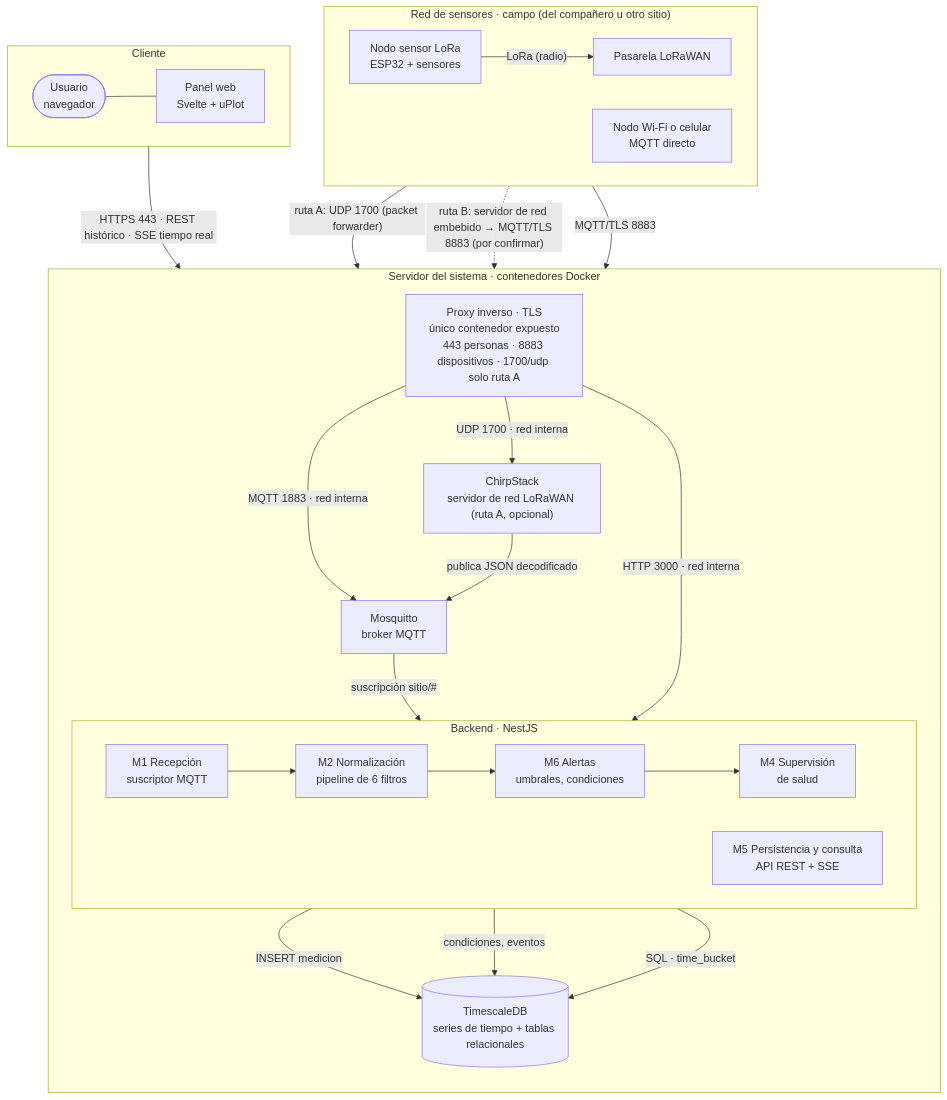
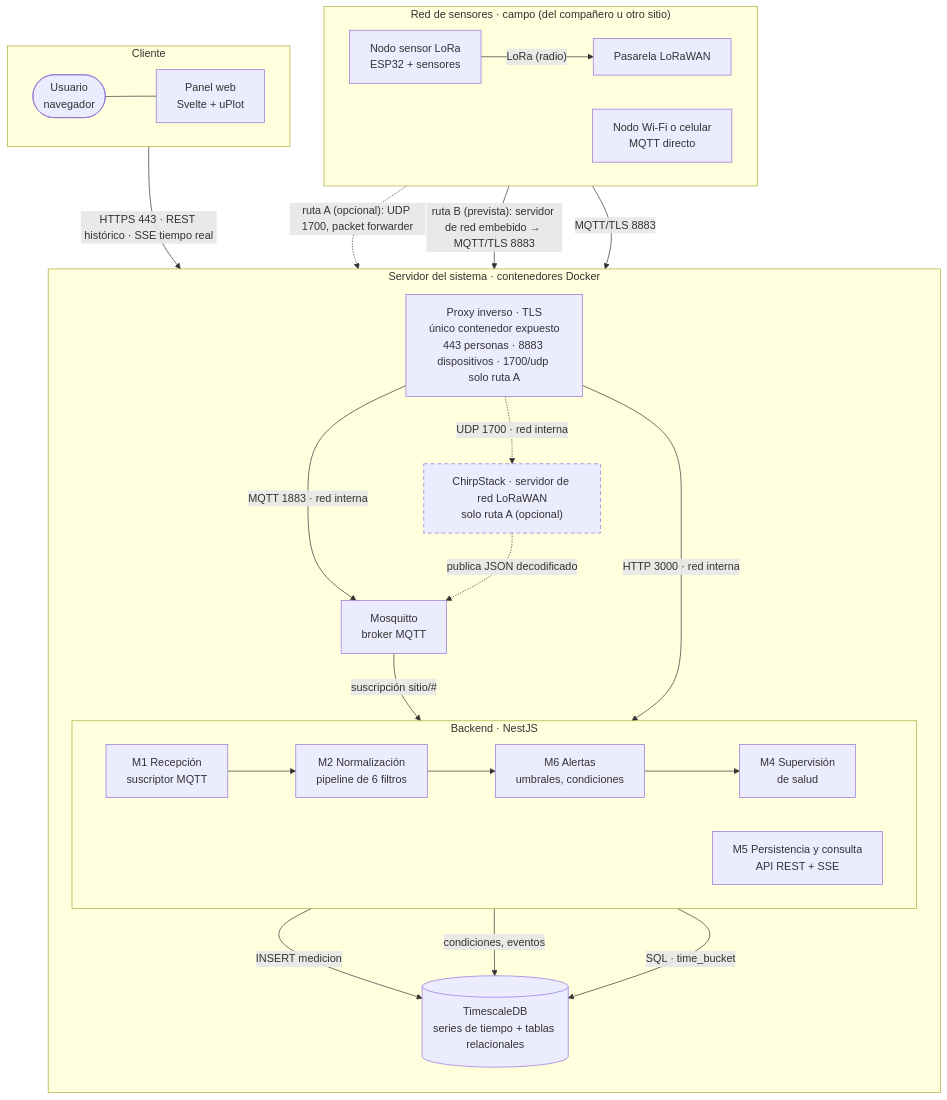
The diagram in informe-oficial/figuras/mermaid/contenedores.mmd (vicenterami/tesis), drawn with Mermaid before and after one commit. The commit also changed 25 other files, not shown here.

First line of the commit message:
Deja explícito en el informe y en las figuras que ChirpStack (ruta A) es opcional

```diff
--- a/informe-oficial/figuras/mermaid/contenedores.mmd
+++ b/informe-oficial/figuras/mermaid/contenedores.mmd
@@ -1,38 +1,40 @@
 flowchart TB
     subgraph RED["Red de sensores · campo (del compañero u otro sitio)"]
         direction LR
         N1["Nodo sensor LoRa<br/>ESP32 + sensores"] -- "LoRa (radio)" --> GW["Pasarela LoRaWAN"]
         N2["Nodo Wi-Fi o celular<br/>MQTT directo"]
     end
 
     subgraph SRV["Servidor del sistema · contenedores Docker"]
         direction TB
         RP["Proxy inverso · TLS<br/>único contenedor expuesto<br/>443 personas · 8883 dispositivos · 1700/udp solo ruta A"]
-        CS["ChirpStack<br/>servidor de red LoRaWAN (ruta A, opcional)"]
+        CS["ChirpStack · servidor de red LoRaWAN<br/>solo ruta A (opcional)"]
         MQ["Mosquitto<br/>broker MQTT"]
         subgraph BE["Backend · NestJS"]
             direction LR
             M1["M1 Recepción<br/>suscriptor MQTT"] --> M2["M2 Normalización<br/>pipeline de 6 filtros"]
             M2 --> M6["M6 Alertas<br/>umbrales, condiciones"] --> M4["M4 Supervisión<br/>de salud"]
             M5["M5 Persistencia y consulta<br/>API REST + SSE"]
         end
         DB[("TimescaleDB<br/>series de tiempo + tablas relacionales")]
     end
 
     subgraph CLI["Cliente"]
         direction LR
         U(["Usuario<br/>navegador"]) --- FE["Panel web<br/>Svelte + uPlot"]
     end
 
-    GW -- "ruta A: UDP 1700 (packet forwarder)" --> RP
-    GW -. "ruta B: servidor de red embebido → MQTT/TLS 8883 (por confirmar)" .-> RP
+    GW -. "ruta A (opcional): UDP 1700, packet forwarder" .-> RP
+    GW -- "ruta B (prevista): servidor de red embebido → MQTT/TLS 8883" --> RP
     N2 -- "MQTT/TLS 8883" --> RP
-    RP -- "UDP 1700 · red interna" --> CS
+    RP -. "UDP 1700 · red interna" .-> CS
     RP -- "MQTT 1883 · red interna" --> MQ
-    CS -- "publica JSON decodificado" --> MQ
+    CS -. "publica JSON decodificado" .-> MQ
     MQ -- "suscripción sitio/#" --> M1
     M2 -- "INSERT medicion" --> DB
     M6 -- "condiciones, eventos" --> DB
     M5 -- "SQL · time_bucket" --> DB
     FE -- "HTTPS 443 · REST histórico · SSE tiempo real" --> RP
     RP -- "HTTP 3000 · red interna" --> M5
+    classDef opcional stroke-dasharray:6 4
+    class CS opcional
```
